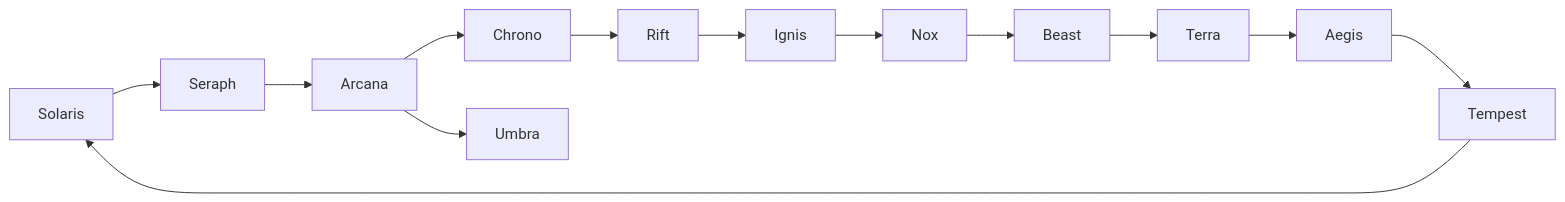
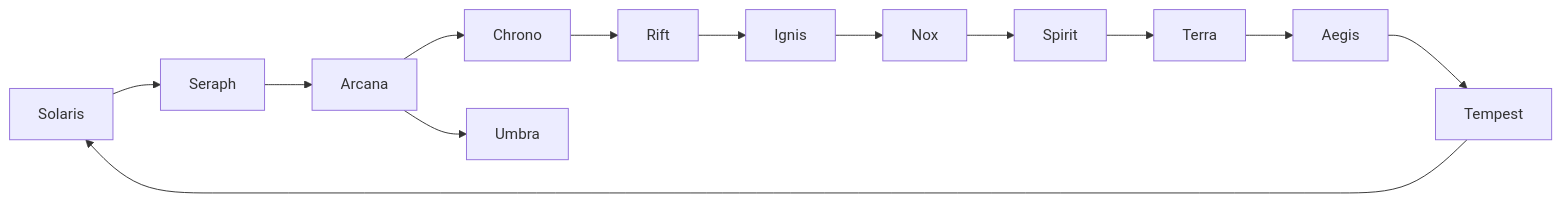
The diagram in documentation/New/ClassDesignDeepResearch.md (jiayi32/MyRPGGame), drawn with Mermaid before and after one commit. The commit also changed other lines of this file and 40 other files, not shown here.

````diff
--- a/documentation/New/ClassDesignDeepResearch.md
+++ b/documentation/New/ClassDesignDeepResearch.md
@@ -78,5 +78,5 @@
 ```mermaid
 graph LR
-  Solaris --> Seraph --> Arcana --> Chrono --> Rift --> Ignis --> Nox --> Beast --> Terra --> Aegis --> Tempest --> Solaris
+  Solaris --> Seraph --> Arcana --> Chrono --> Rift --> Ignis --> Nox --> Spirit --> Terra --> Aegis --> Tempest --> Solaris
   Arcana --> Umbra
 ```
````
